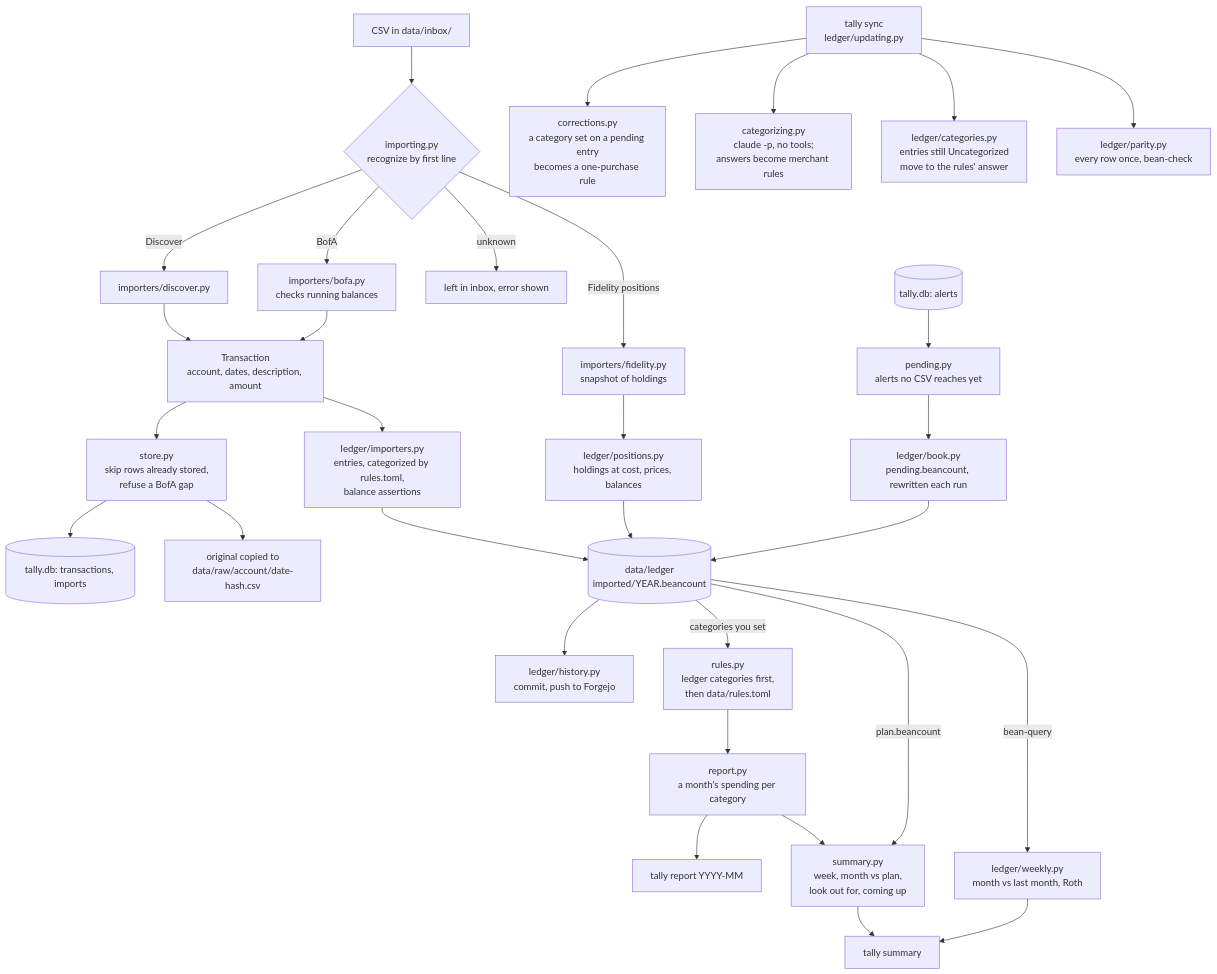
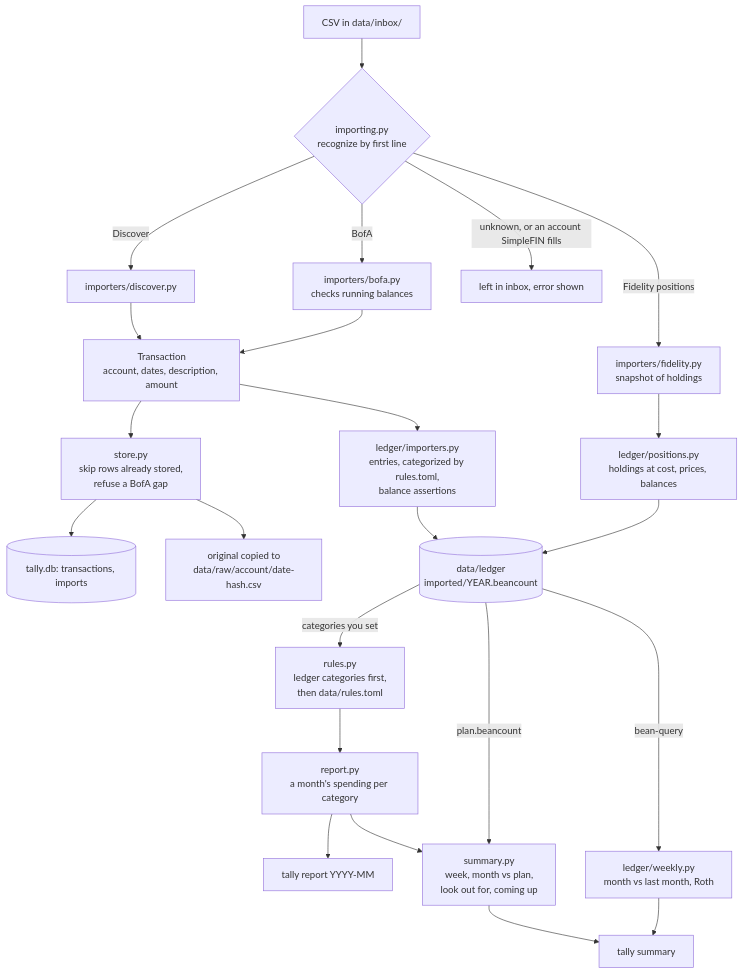
The third of 6 diagrams in docs/architecture.md (vmenon04/tally), drawn with Mermaid before and after one commit. The commit also changed other lines of this file and 42 other files, not shown here.

First line of the commit message:
Take pending purchases from SimpleFIN alone, and sync every two hours

````diff
--- a/docs/architecture.md
+++ b/docs/architecture.md
@@ -122,36 +102,27 @@
 ```mermaid
 flowchart TD
     csv["CSV in data/inbox/"] --> recognize{"importing.py<br/>recognize by first line"}
     recognize -- "Discover" --> dparse["importers/discover.py"]
     recognize -- "BofA" --> bparse["importers/bofa.py<br/>checks running balances"]
     recognize -- "Fidelity positions" --> fparse["importers/fidelity.py<br/>snapshot of holdings"]
-    recognize -- "unknown" --> stay["left in inbox, error shown"]
+    recognize -- "unknown, or an account SimpleFIN fills" --> stay["left in inbox, error shown"]
     dparse --> txn["Transaction<br/>account, dates, description, amount"]
     bparse --> txn
     txn --> save["store.py<br/>skip rows already stored,<br/>refuse a BofA gap"]
     save --> db[("tally.db: transactions, imports")]
     save --> archive["original copied to<br/>data/raw/account/date-hash.csv"]
 
     txn --> extract["ledger/importers.py<br/>entries, categorized by rules.toml,<br/>balance assertions"]
     fparse --> positions["ledger/positions.py<br/>holdings at cost, prices, balances"]
     extract --> ledger[("data/ledger<br/>imported/YEAR.beancount")]
     positions --> ledger
-    alerts_db[("tally.db: alerts")] --> waiting["pending.py<br/>alerts no CSV reaches yet"]
-    waiting --> pend["ledger/book.py<br/>pending.beancount, rewritten each run"]
-    pend --> ledger
-    ledger --> history["ledger/history.py<br/>commit, push to Forgejo"]
 
     ledger -- "categories you set" --> rulesx["rules.py<br/>ledger categories first,<br/>then data/rules.toml"]
     rulesx --> rep["report.py<br/>a month's spending per category"]
     rep --> cli_report["tally report YYYY-MM"]
     rep --> weekly["summary.py<br/>week, month vs plan,<br/>look out for, coming up"]
     ledger -- "plan.beancount" --> weekly
     ledger -- "bean-query" --> lreport["ledger/weekly.py<br/>month vs last month, Roth"]
     weekly --> cli_summary["tally summary"]
     lreport --> cli_summary
-
-    sync["tally sync<br/>ledger/updating.py"] --> corr["corrections.py<br/>a category set on a pending entry<br/>becomes a one-purchase rule"]
-    sync --> claude["categorizing.py<br/>claude -p, no tools;<br/>answers become merchant rules"]
-    sync --> moves["ledger/categories.py<br/>entries still Uncategorized<br/>move to the rules' answer"]
-    sync --> parity["ledger/parity.py<br/>every row once, bean-check"]
 ```
````
